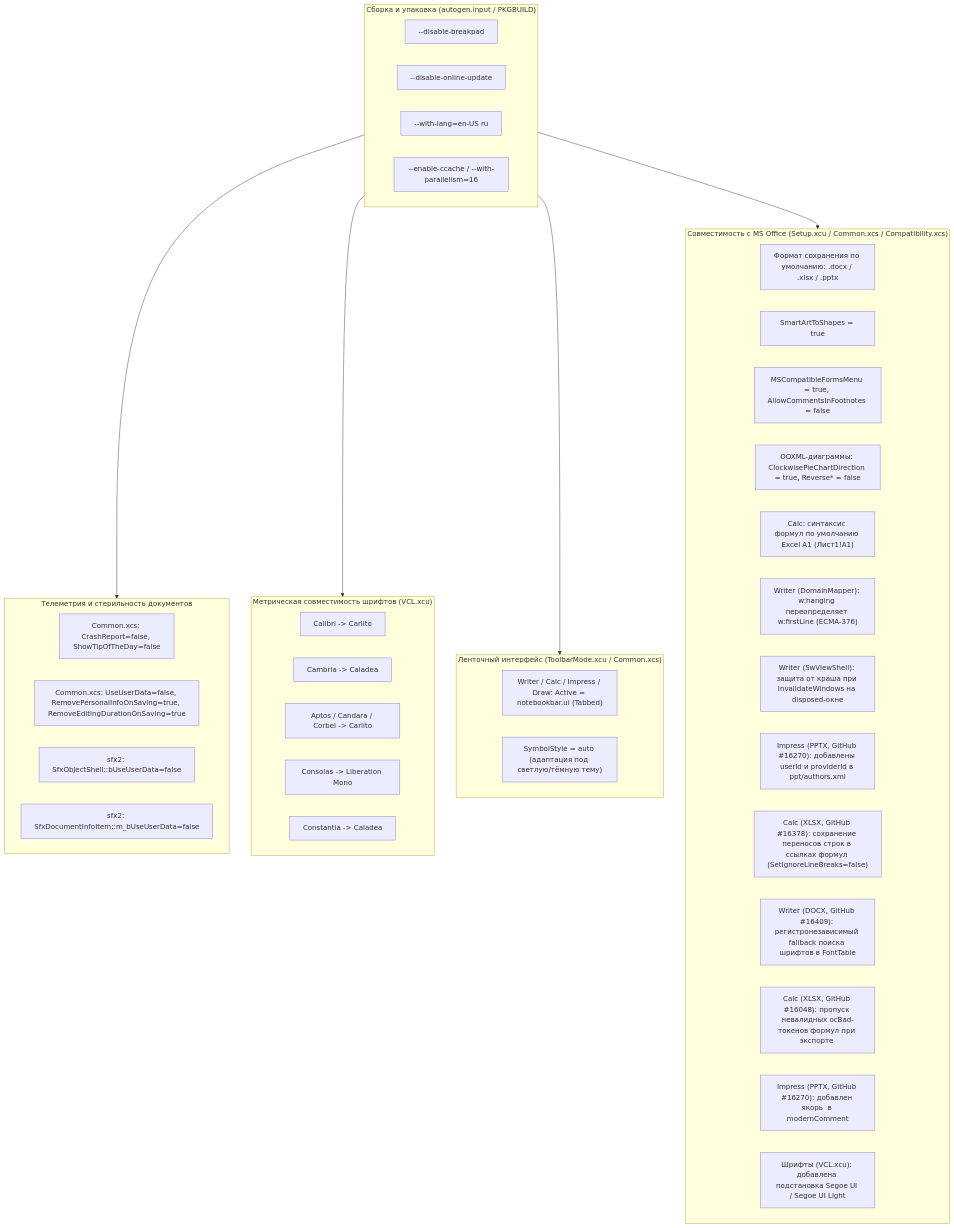
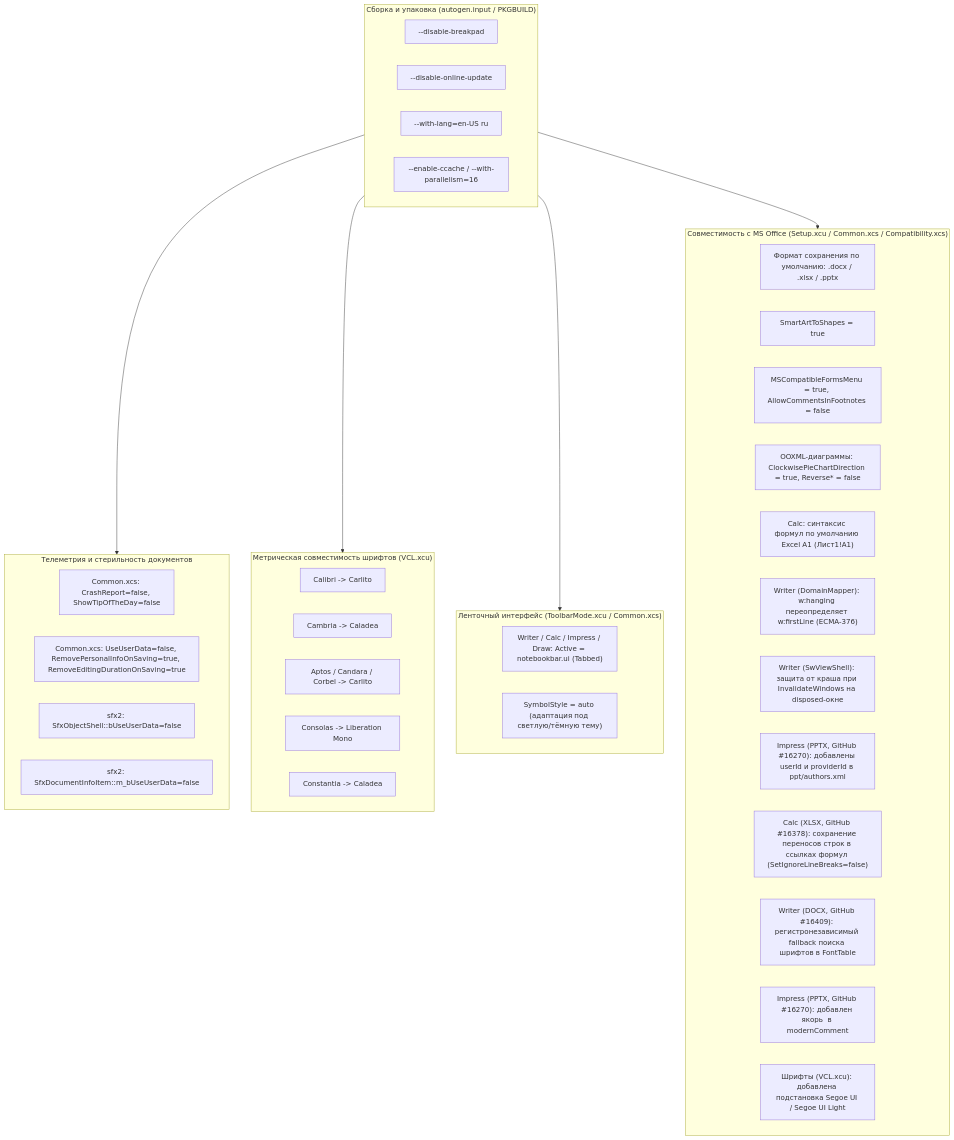
The diagram in docs/UML.md (Utkautka1/libreoffice-mscompat_-fork-), drawn with Mermaid before and after one commit. The commit also changed 2 other files, not shown here.

Commit message:
fix(sc): restore ocBad formula export for tdf#165886 compatibility

````diff
--- a/docs/UML.md
+++ b/docs/UML.md
@@ -5,50 +5,49 @@
 ```mermaid
 flowchart TD
     subgraph Build["Сборка и упаковка (autogen.input / PKGBUILD)"]
         A1["--disable-breakpad"]
         A2["--disable-online-update"]
         A3["--with-lang=en-US ru"]
         A4["--enable-ccache / --with-parallelism=16"]
     end
 
     subgraph Privacy["Телеметрия и стерильность документов"]
         P1["Common.xcs: CrashReport=false, ShowTipOfTheDay=false"]
         P2["Common.xcs: UseUserData=false, RemovePersonalInfoOnSaving=true, RemoveEditingDurationOnSaving=true"]
         P3["sfx2: SfxObjectShell::bUseUserData=false"]
         P4["sfx2: SfxDocumentInfoItem::m_bUseUserData=false"]
     end
 
     subgraph Fonts["Метрическая совместимость шрифтов (VCL.xcu)"]
         F1["Calibri -> Carlito"]
         F2["Cambria -> Caladea"]
         F3["Aptos / Candara / Corbel -> Carlito"]
         F4["Consolas -> Liberation Mono"]
         F5["Constantia -> Caladea"]
     end
 
     subgraph UI["Ленточный интерфейс (ToolbarMode.xcu / Common.xcs)"]
         U1["Writer / Calc / Impress / Draw: Active = notebookbar.ui (Tabbed)"]
         U2["SymbolStyle = auto (адаптация под светлую/тёмную тему)"]
     end
 
     subgraph MSCompat["Совместимость с MS Office (Setup.xcu / Common.xcs / Compatibility.xcs)"]
         M1["Формат сохранения по умолчанию: .docx / .xlsx / .pptx"]
         M2["SmartArtToShapes = true"]
         M3["MSCompatibleFormsMenu = true, AllowCommentsInFootnotes = false"]
         M4["OOXML-диаграммы: ClockwisePieChartDirection = true, Reverse* = false"]
         M5["Calc: синтаксис формул по умолчанию Excel A1 (Лист1!A1)"]
         M6["Writer (DomainMapper): w:hanging переопределяет w:firstLine (ECMA-376)"]
         M7["Writer (SwViewShell): защита от краша при InvalidateWindows на disposed-окне"]
         M8["Impress (PPTX, GitHub #16270): добавлены userId и providerId в ppt/authors.xml"]
         M9["Calc (XLSX, GitHub #16378): сохранение переносов строк в ссылках формул (SetIgnoreLineBreaks=false)"]
         M10["Writer (DOCX, GitHub #16409): регистронезависимый fallback поиска шрифтов в FontTable"]
-        M11["Calc (XLSX, GitHub #16048): пропуск невалидных ocBad-токенов формул при экспорте <f>"]
         M12["Impress (PPTX, GitHub #16270): добавлен якорь <p188:pos> в modernComment"]
         M13["Шрифты (VCL.xcu): добавлена подстановка Segoe UI / Segoe UI Light"]
     end
 
     Build --> Privacy
     Build --> Fonts
     Build --> UI
     Build --> MSCompat
 ```
````
